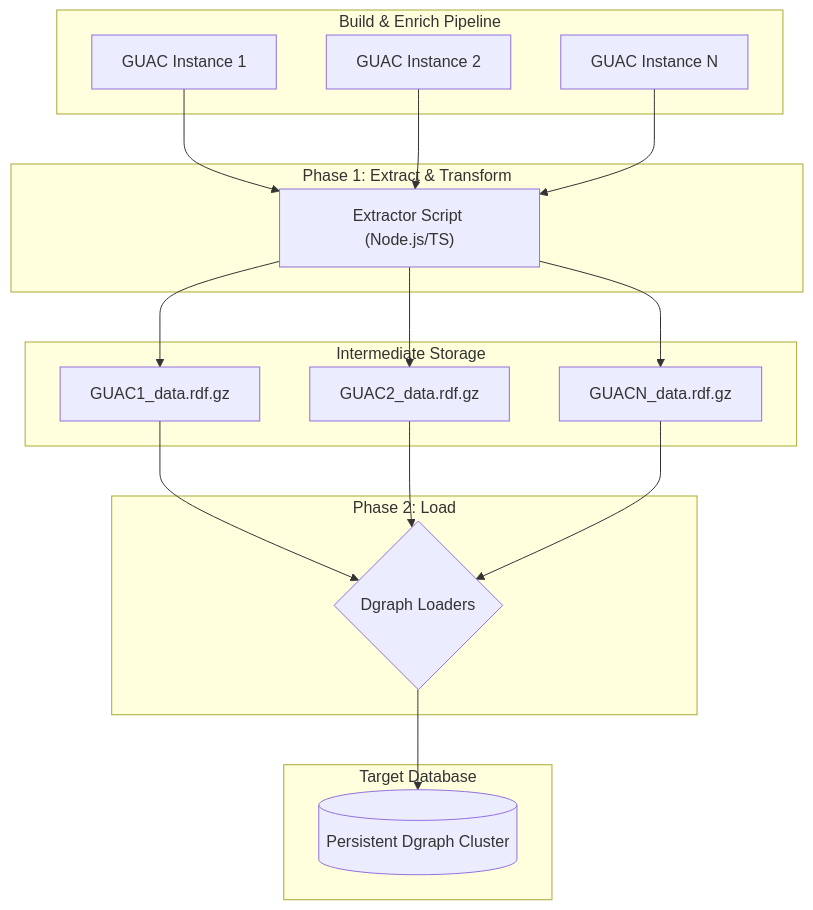
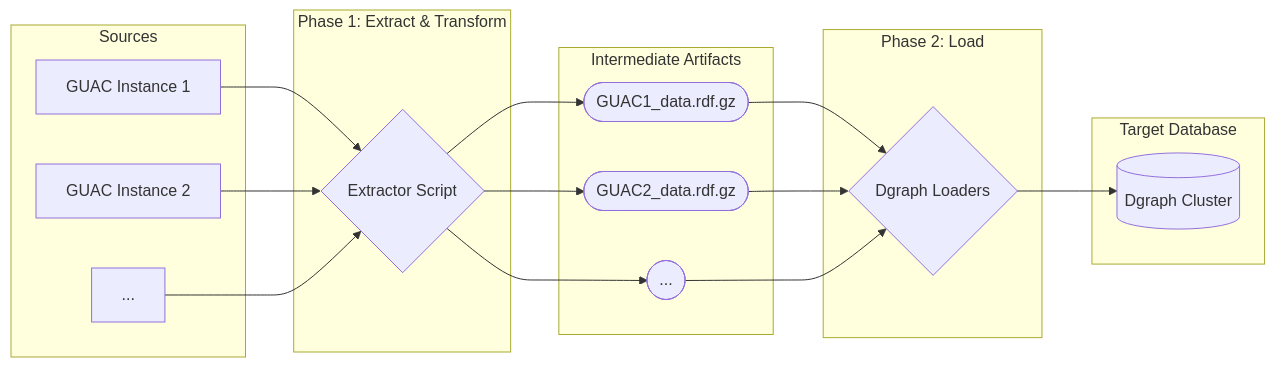
Before and after one commit to graphtastic/subgraph-dgraph-software-supply-chain: the fourth of 6 diagrams in docs/design/design--guac-to-dgraph.md, drawn with Mermaid. The commit also changed other lines of this file, not shown here.

Commit message:
docs: design--guac-to-dgraph.md - fixed diagrams

````diff
--- a/docs/design/design--guac-to-dgraph.md
+++ b/docs/design/design--guac-to-dgraph.md
@@ -341,40 +336,42 @@
 ```mermaid
-graph TD
-    subgraph "Build & Enrich Pipeline"
-        GUAC1["GUAC Instance 1"]
-        GUAC2["GUAC Instance 2"]
-        GUACN["GUAC Instance N"]
+graph LR
+    %% Diagram showing the decoupled, two-phase ETL process.
+
+    subgraph Sources
+        GUAC1[GUAC Instance 1]
+        GUAC2[GUAC Instance 2]
+        GUACN[...]
     end
 
-    subgraph "Phase 1: Extract & Transform"
-        ExtractorScript["Extractor Script (Node.js/TS)"]
+    subgraph Phase 1: Extract & Transform
+        Extractor{Extractor Script}
     end
 
-    subgraph "Intermediate Storage"
-        RDF1["GUAC1_data.rdf.gz"]
-        RDF2["GUAC2_data.rdf.gz"]
-        RDFN["GUACN_data.rdf.gz"]
+    subgraph Intermediate Artifacts
+        RDF1([GUAC1_data.rdf.gz])
+        RDF2([GUAC2_data.rdf.gz])
+        RDFN([...])
     end
 
-    subgraph "Phase 2: Load"
-        DgraphLoaders{"Dgraph Loaders"}
+    subgraph Phase 2: Load
+        Loader{Dgraph Loaders}
     end
 
-    subgraph "Target Database"
-        Dgraph[("Persistent Dgraph Cluster")]
+    subgraph Target Database
+        Dgraph[(Dgraph Cluster)]
     end
 
-    GUAC1 --> ExtractorScript
-    GUAC2 --> ExtractorScript
-    GUACN --> ExtractorScript
+    GUAC1 --> Extractor
+    GUAC2 --> Extractor
+    GUACN --> Extractor
 
-    ExtractorScript --> RDF1
-    ExtractorScript --> RDF2
-    ExtractorScript --> RDFN
+    Extractor --> RDF1
+    Extractor --> RDF2
+    Extractor --> RDFN
 
-    RDF1 --> DgraphLoaders
-    RDF2 --> DgraphLoaders
-    RDFN --> DgraphLoaders
+    RDF1 --> Loader
+    RDF2 --> Loader
+    RDFN --> Loader
 
-    DgraphLoaders --> Dgraph
+    Loader --> Dgraph
 ```
````
